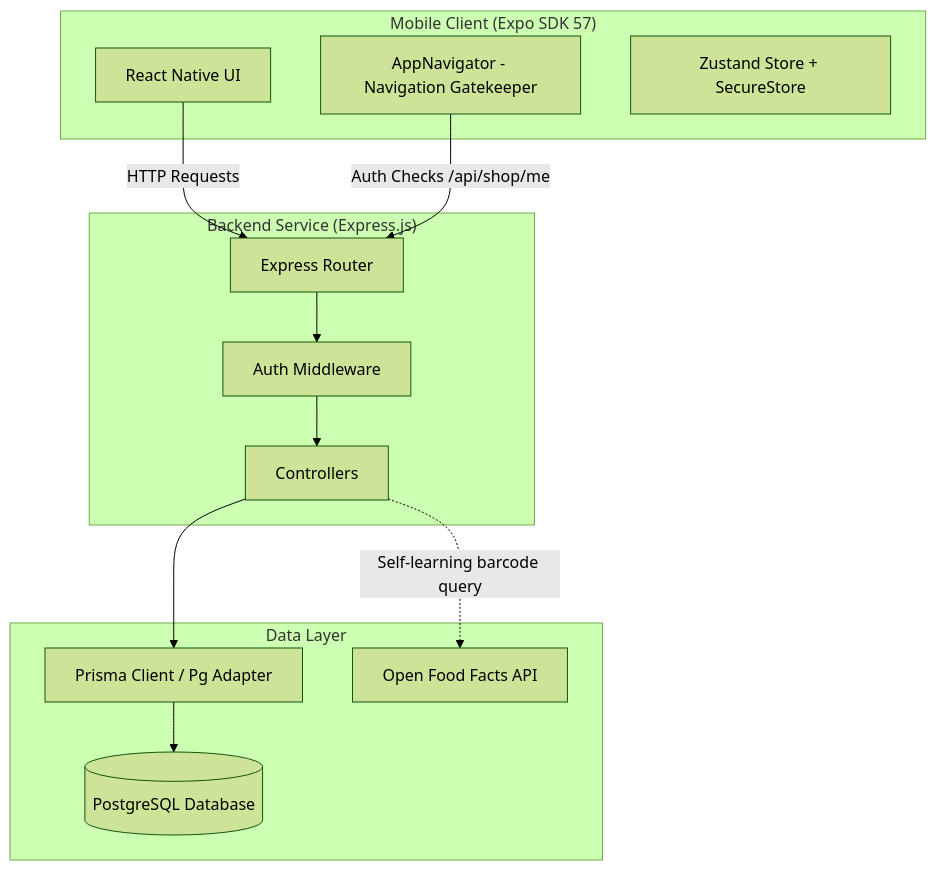
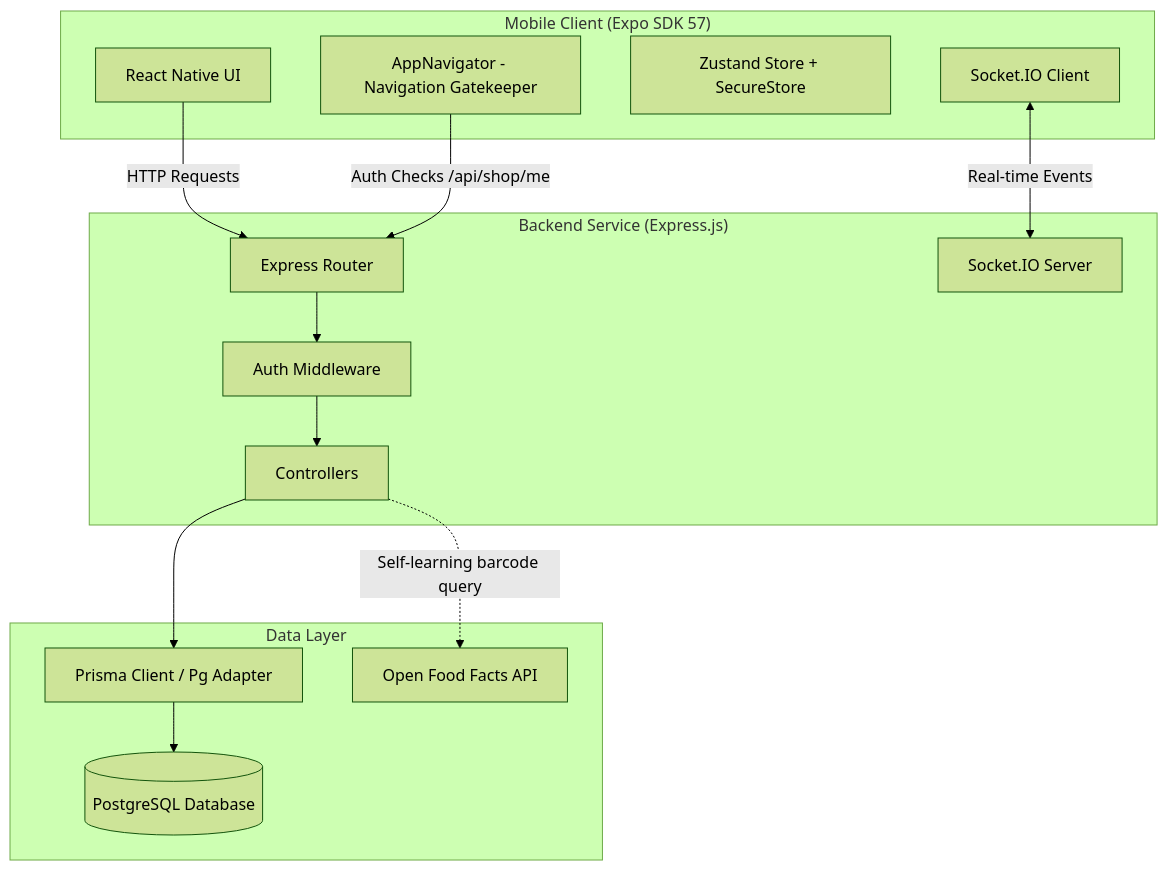
The diagram in README.md (Adi5423/theShoppingCode), drawn with Mermaid (forest theme) before and after one commit. The commit also changed other lines of this file and 14 other files, not shown here.

Commit message:
feat: integrate real-time sockets, dynamic discovery feed, auto-inventory deduction, and UI/UX stability patches

````diff
--- a/README.md
+++ b/README.md
@@ -41,28 +44,31 @@
 ```mermaid
 graph TD
     subgraph Client ["Mobile Client (Expo SDK 57)"]
         RN[React Native UI]
         Nav[AppNavigator - Navigation Gatekeeper]
         Store[Zustand Store + SecureStore]
+        SocketClient[Socket.IO Client]
     end
 
     subgraph Server ["Backend Service (Express.js)"]
         Auth[Auth Middleware]
         Route[Express Router]
         Ctrl[Controllers]
+        SocketServer[Socket.IO Server]
     end
 
     subgraph Data ["Data Layer"]
         Prisma[Prisma Client / Pg Adapter]
         DB[(PostgreSQL Database)]
         OFF[Open Food Facts API]
     end
 
     RN -->|HTTP Requests| Route
+    SocketClient <-->|Real-time Events| SocketServer
     Nav -->|Auth Checks /api/shop/me| Route
     Route --> Auth
     Auth --> Ctrl
     Ctrl --> Prisma
     Prisma --> DB
     Ctrl -.->|Self-learning barcode query| OFF
 ```
````
